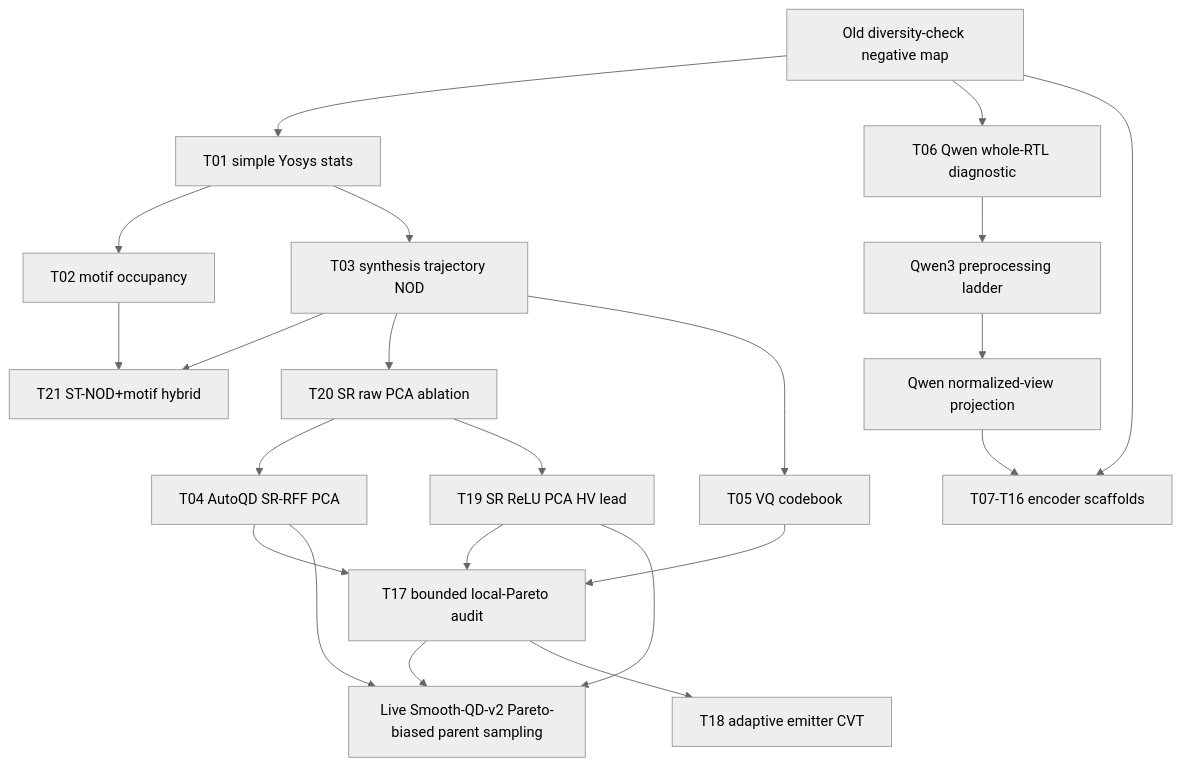
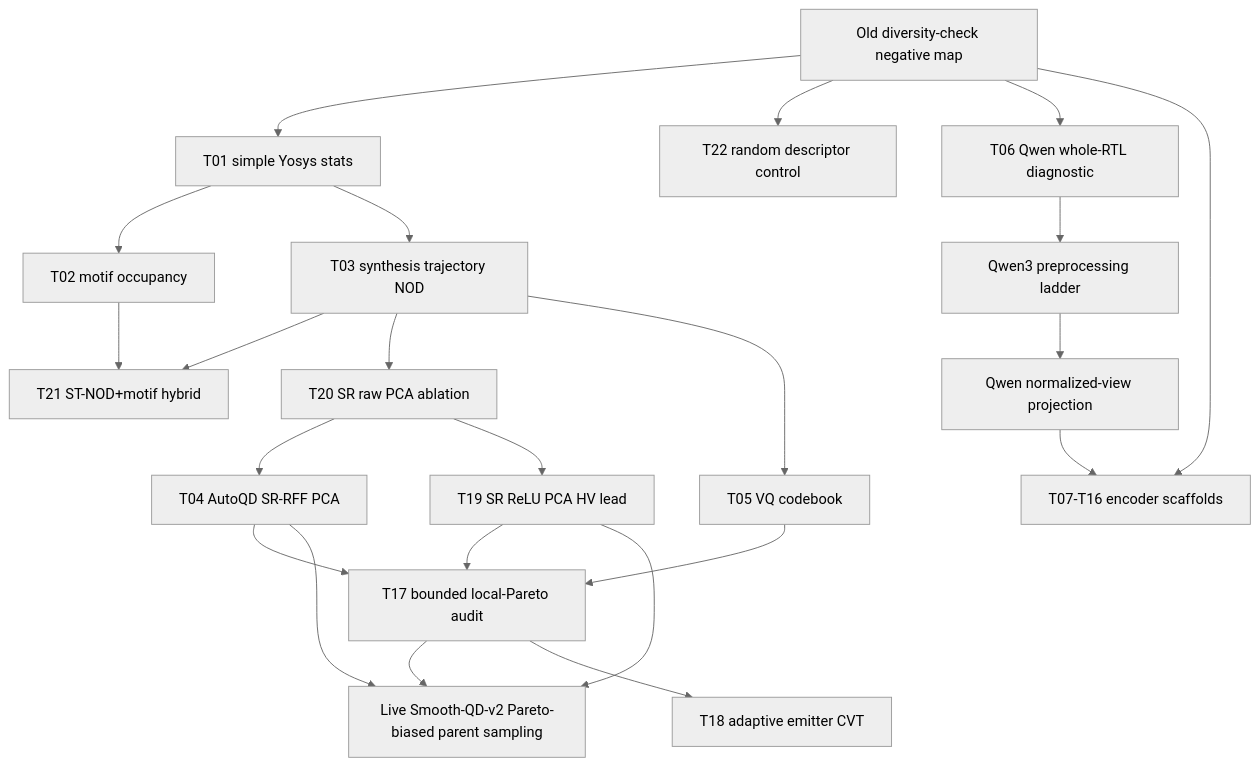
Before and after one commit to kmcho2019/REvolution: the diagram in docs/journal_features/revamp_history/20260622_010615_KST_useful_bd_push/technique_lanes.md, drawn with Mermaid (neutral theme). The commit also changed other lines of this file and 29 other files, not shown here.

First line of the commit message:
docs(diversity): Package random control

````diff
--- a/docs/journal_features/revamp_history/20260622_010615_KST_useful_bd_push/technique_lanes.md
+++ b/docs/journal_features/revamp_history/20260622_010615_KST_useful_bd_push/technique_lanes.md
@@ -22,26 +22,27 @@
 ```mermaid
 flowchart TD
   A[Old diversity-check negative map] --> B[T01 simple Yosys stats]
+  A --> Q[T22 random descriptor control]
   B --> C[T02 motif occupancy]
   B --> D[T03 synthesis trajectory NOD]
   C --> P[T21 ST-NOD+motif hybrid]
   D --> P
   D --> O[T20 SR raw PCA ablation]
   O --> E[T04 AutoQD SR-RFF PCA]
   D --> F[T05 VQ codebook]
   O --> N[T19 SR ReLU PCA HV lead]
   E --> G[T17 bounded local-Pareto audit]
   N --> G
   F --> G
   G --> H[Live Smooth-QD-v2 Pareto-biased parent sampling]
   E --> H
   N --> H
 
   A --> I[T06 Qwen whole-RTL diagnostic]
   I --> J[Qwen3 preprocessing ladder]
   J --> K[Qwen normalized-view projection]
 
   A --> L[T07-T16 encoder scaffolds]
   K --> L
   G --> M[T18 adaptive emitter CVT]
 ```
````
